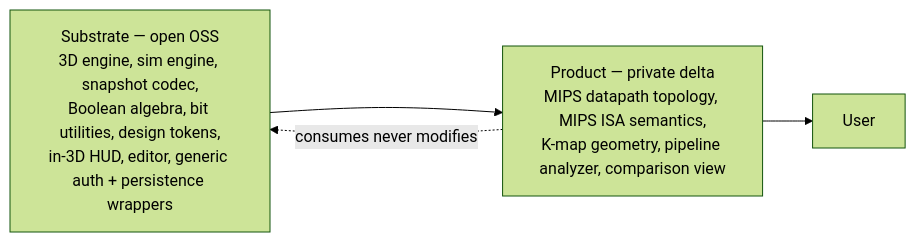
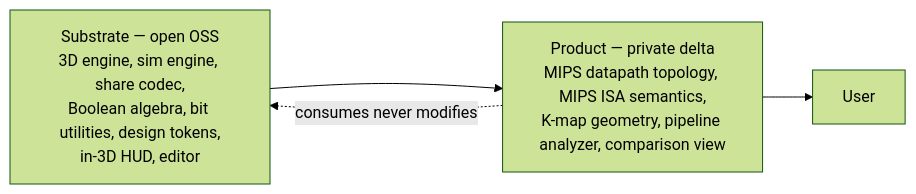
The diagram in SUBSTRATE-VS-PRODUCT.md (1qh/sim-doc), drawn with Mermaid (forest theme) before and after one commit. The commit also changed other lines of this file and 70 other files, not shown here.

First line of the commit message:
docs: pure client-only app — no auth, no server persistence

````diff
--- a/SUBSTRATE-VS-PRODUCT.md
+++ b/SUBSTRATE-VS-PRODUCT.md
@@ -7,6 +7,6 @@
 ```mermaid
 flowchart LR
-    Substrate[Substrate — open OSS<br/>3D engine, sim engine, snapshot codec,<br/>Boolean algebra, bit utilities, design tokens,<br/>in-3D HUD, editor, generic auth + persistence wrappers] --> Product
+    Substrate[Substrate — open OSS<br/>3D engine, sim engine, share codec,<br/>Boolean algebra, bit utilities, design tokens,<br/>in-3D HUD, editor] --> Product
     Product[Product — private delta<br/>MIPS datapath topology, MIPS ISA semantics,<br/>K-map geometry, pipeline analyzer, comparison view] --> User
     Product -. consumes never modifies .-> Substrate
 ```
````
